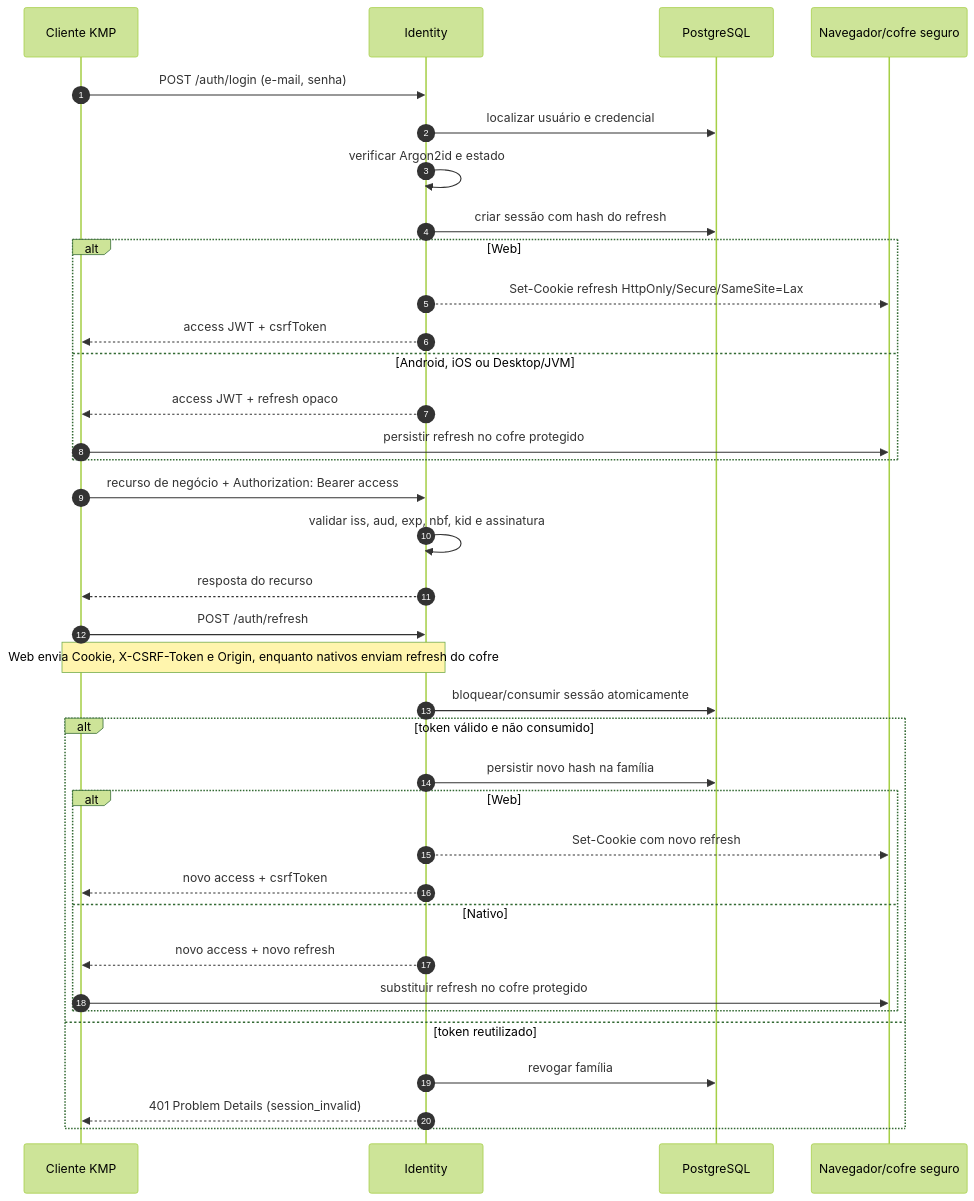
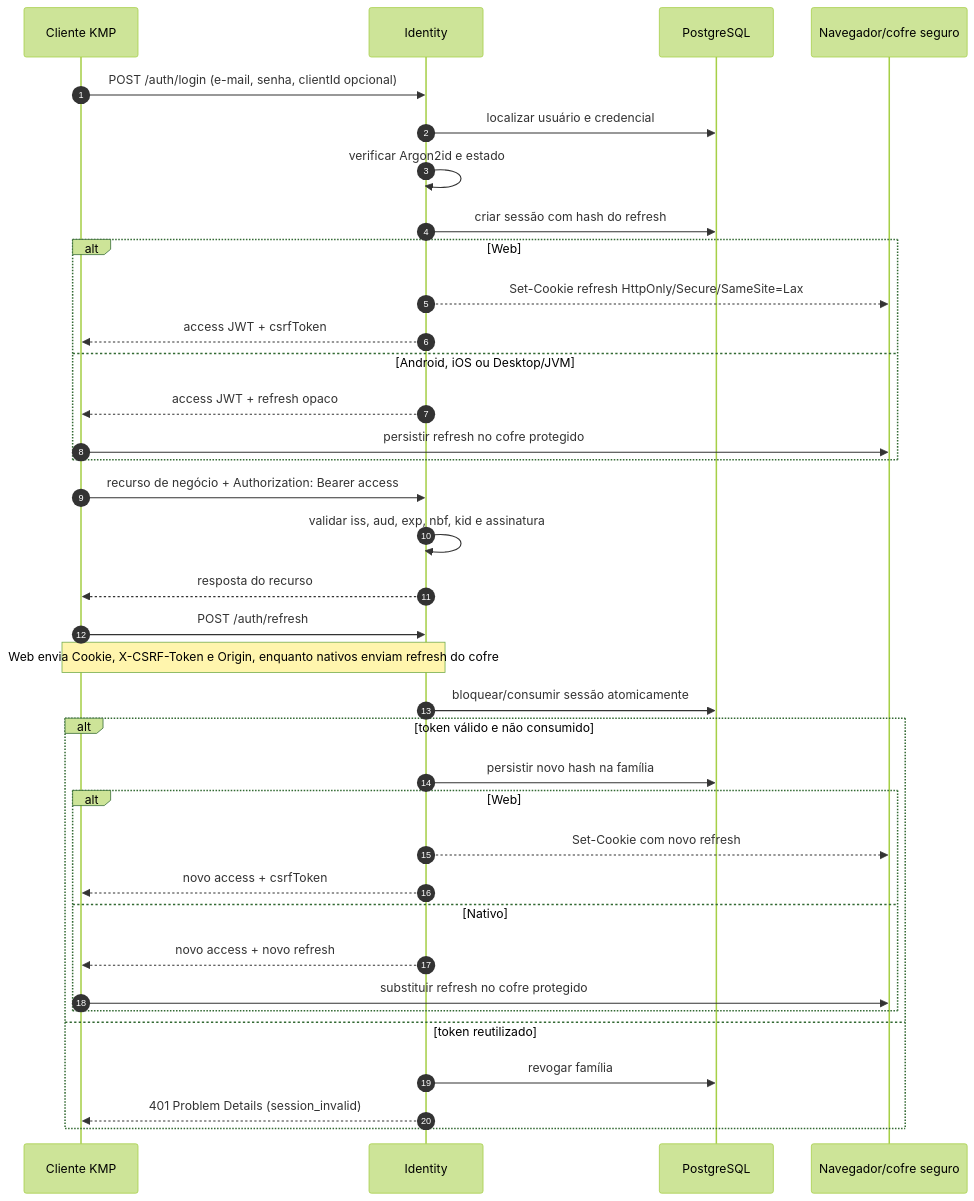
Before and after one commit to Drufontael/mykytadu-api: the eighth of 14 diagrams in docs/modelagem.md, drawn with Mermaid (forest theme). The commit also changed other lines of this file and 11 other files, not shown here.

````diff
--- a/docs/modelagem.md
+++ b/docs/modelagem.md
@@ -416,39 +431,39 @@
 ```mermaid
 sequenceDiagram
     autonumber
     participant C as Cliente KMP
     participant I as Identity
     participant D as PostgreSQL
     participant B as Navegador/cofre seguro
 
-    C->>I: POST /auth/login (e-mail, senha)
+    C->>I: POST /auth/login (e-mail, senha, clientId opcional)
     I->>D: localizar usuário e credencial
     I->>I: verificar Argon2id e estado
     I->>D: criar sessão com hash do refresh
     alt Web
         I-->>B: Set-Cookie refresh HttpOnly/Secure/SameSite=Lax
         I-->>C: access JWT + csrfToken
     else Android, iOS ou Desktop/JVM
         I-->>C: access JWT + refresh opaco
         C->>B: persistir refresh no cofre protegido
     end
     C->>I: recurso de negócio + Authorization: Bearer access
     I->>I: validar iss, aud, exp, nbf, kid e assinatura
     I-->>C: resposta do recurso
     C->>I: POST /auth/refresh
     Note over C,I: Web envia Cookie, X-CSRF-Token e Origin, enquanto nativos enviam refresh do cofre
     I->>D: bloquear/consumir sessão atomicamente
     alt token válido e não consumido
         I->>D: persistir novo hash na família
         alt Web
             I-->>B: Set-Cookie com novo refresh
             I-->>C: novo access + csrfToken
         else Nativo
             I-->>C: novo access + novo refresh
             C->>B: substituir refresh no cofre protegido
         end
     else token reutilizado
         I->>D: revogar família
         I-->>C: 401 Problem Details (session_invalid)
     end
 ```
````
